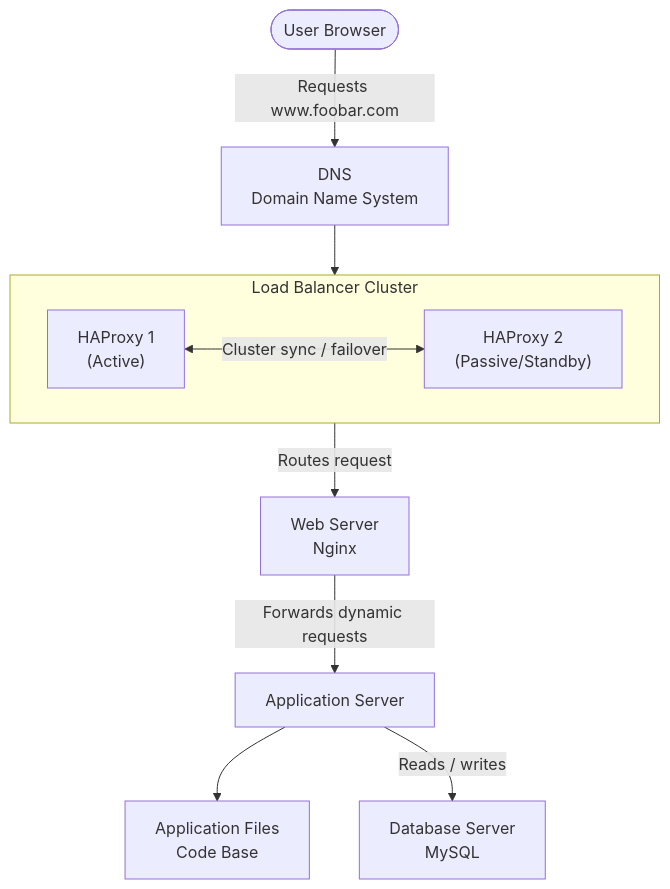
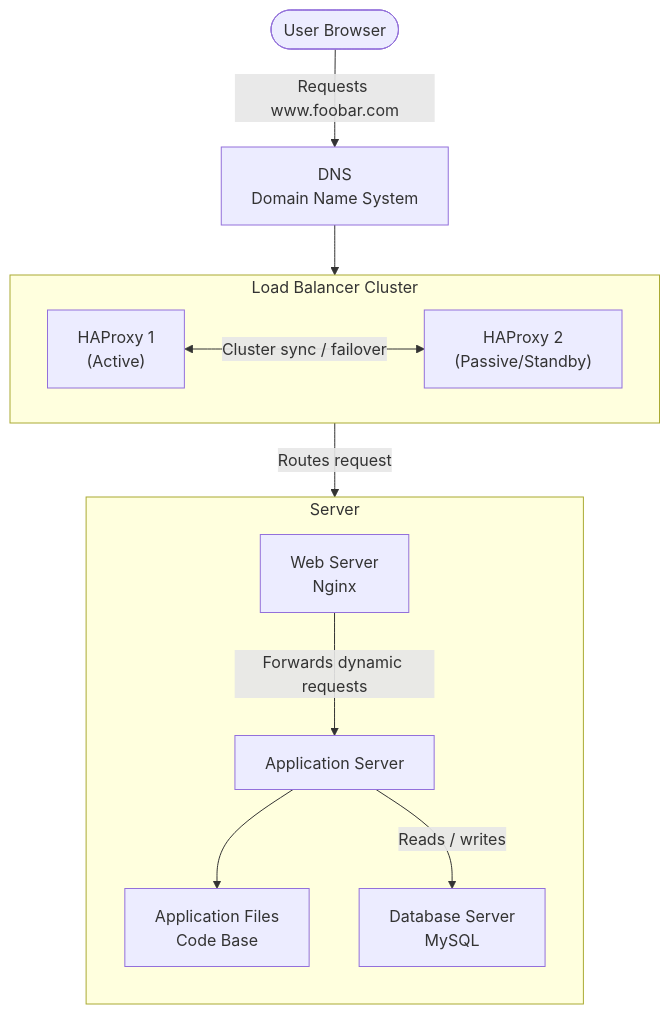
One commit to FelixBesancon/holbertonschool-system_engineering-devops changed the diagram in web_infrastructure_design/3-scale_up.md. Above: the diagram before and after it, drawn with Mermaid. The commit also changed other lines of this file, not shown here.

First line of the commit message:
Revise web infrastructure design with diagram and details

````diff
--- a/web_infrastructure_design/3-scale_up.md
+++ b/web_infrastructure_design/3-scale_up.md
@@ -3,23 +7,27 @@
 ```mermaid
-flowchart TD
+flowchart TB
     User(["User Browser"])
     DNS["DNS\nDomain Name System"]
 
     subgraph LBC["Load Balancer Cluster"]
+        direction LR
         LB1["HAProxy 1\n(Active)"]
         LB2["HAProxy 2\n(Passive/Standby)"]
         LB1 <-->|"Cluster sync / failover"| LB2
     end
 
-    WS["Web Server\nNginx"]
-    AS["Application Server"]
-    AF["Application Files\nCode Base"]
-    DB["Database Server\nMySQL"]
+    subgraph Server["Server"]
+        direction TB
+        WS["Web Server\nNginx"]
+        AS["Application Server"]
+        AF["Application Files\nCode Base"]
+        DB["Database Server\nMySQL"]
+    end
 
     User -->|"Requests www.foobar.com"| DNS
     DNS --> LBC
     LBC -->|"Routes request"| WS
     WS -->|"Forwards dynamic requests"| AS
     AS --> AF
     AS -->|"Reads / writes"| DB
 ```
````
